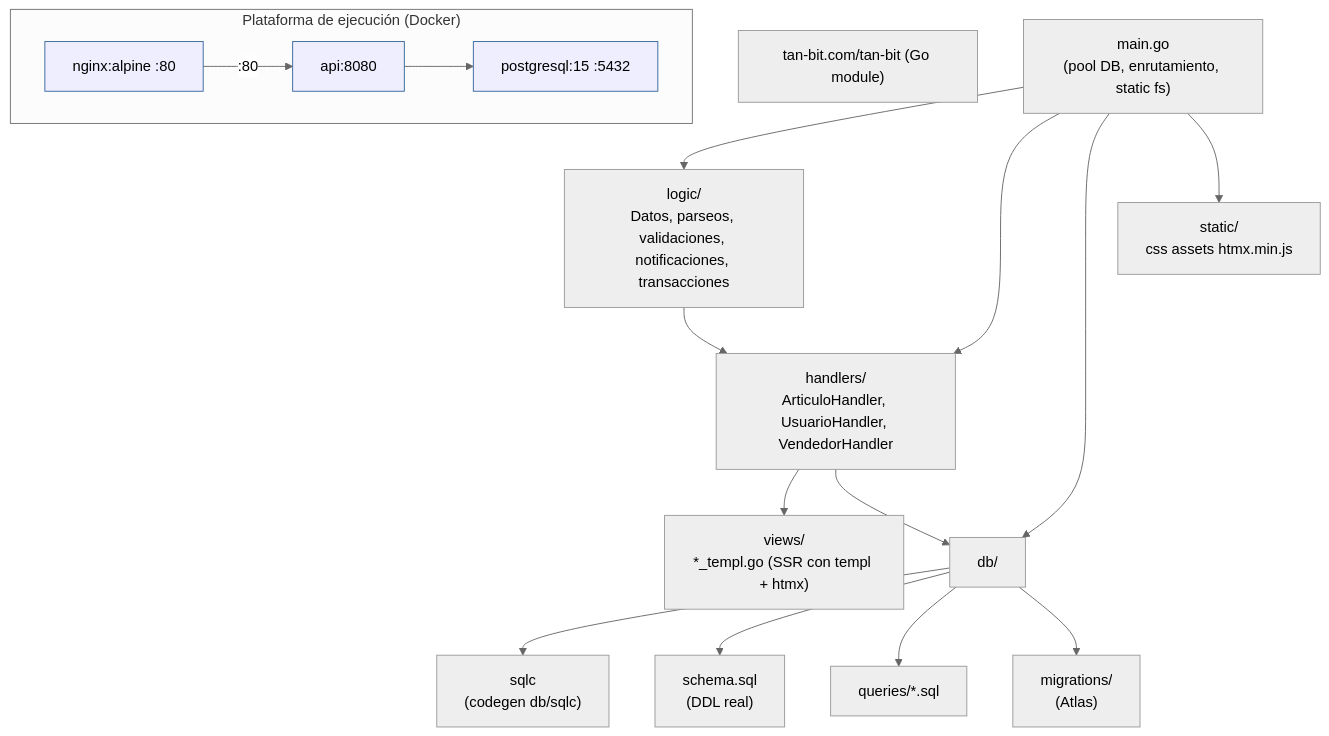
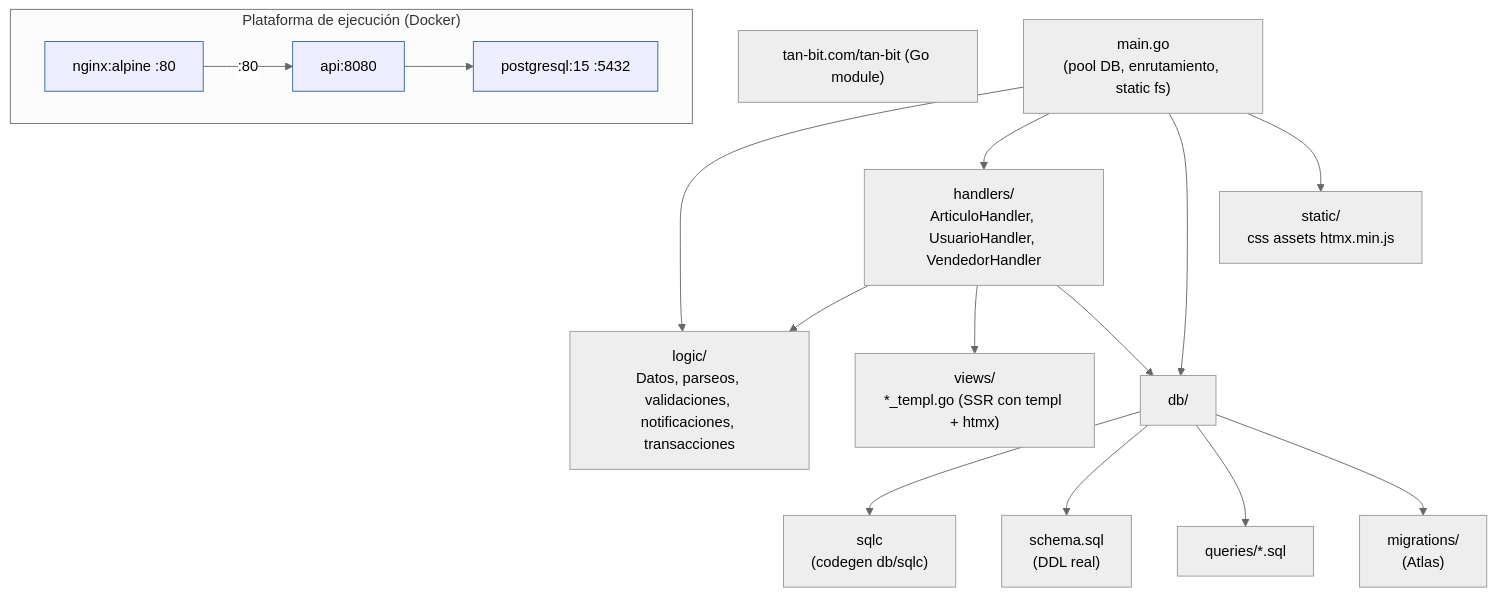
Before and after one commit to az-juan/tan-bit: the first of 6 diagrams in docs/arquitectura.md, drawn with Mermaid (neutral theme). The commit also changed other lines of this file and 5 other files, not shown here.

````diff
--- a/docs/arquitectura.md
+++ b/docs/arquitectura.md
@@ -506,33 +506,33 @@
 ```mermaid
 flowchart TB
     app["tan-bit.com/tan-bit (Go module)"]
     main["main.go<br/>(pool DB, enrutamiento, static fs)"]
-    logic["logic/</br>Datos, parseos, validaciones, notificaciones, transacciones"]
-    handlers["handlers/</br>ArticuloHandler, UsuarioHandler, VendedorHandler"]
-    views["views/</br>*_templ.go (SSR con templ + htmx)"]
+    logic["logic/<br/>Datos, parseos, validaciones, notificaciones, transacciones"]
+    handlers["handlers/<br/>ArticuloHandler, UsuarioHandler, VendedorHandler"]
+    views["views/<br/>*_templ.go (SSR con templ + htmx)"]
     db["db/"]
-    static["static/</br>css assets htmx.min.js"]
+    static["static/<br/>css assets htmx.min.js"]
 
     subgraph nix["Plataforma de ejecución (Docker)"]
         nginx["nginx:alpine :80"]
         api["api:8080"]
         pg["postgresql:15 :5432"]
     end
 
     main --> logic
     main --> handlers
     main --> db
     main --> static
-    logic --> handlers
+    handlers --> logic
     handlers --> views
     handlers --> db
-    db --> sqlc["sqlc</option></br>(codegen db/sqlc)"]
-    db --> schema["schema.sql </br>(DDL real)"]
+    db --> sqlc["sqlc<br/>(codegen db/sqlc)"]
+    db --> schema["schema.sql <br/>(DDL real)"]
     db --> queries["queries/*.sql"]
     db --> migrations["migrations/<br/>(Atlas)"]
     nginx -- :80 --> api
     api --> pg
     style nginx fill:#eef,stroke:#369
     style api fill:#eef,stroke:#369
     style pg fill:#eef,stroke:#369
 ```
````
